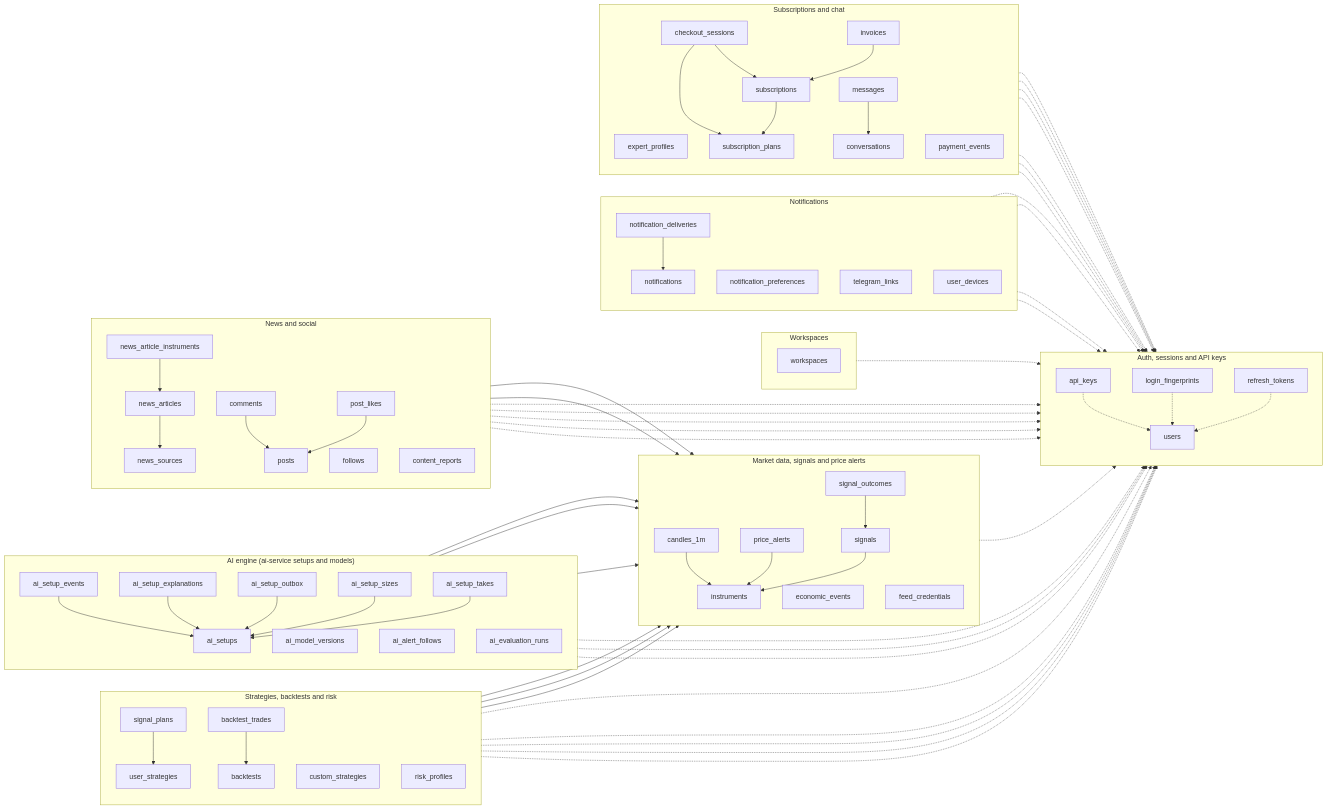
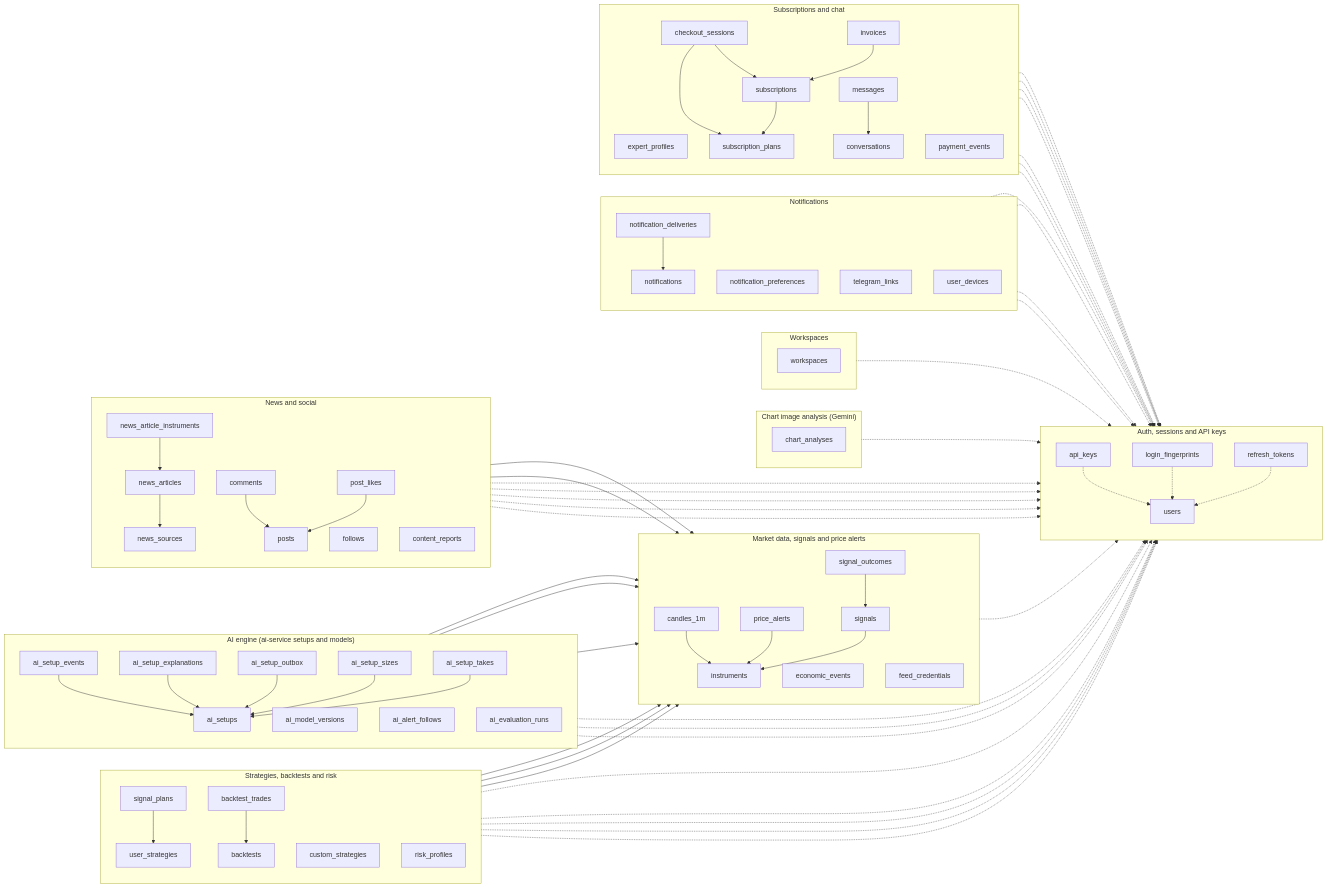
The diagram in docs/erd/mmd/overview.mmd (yazan-alsamman/ai-trading-analysis-system), drawn with Mermaid before and after one commit. The commit also changed 9 other files, not shown here.

First line of the commit message:
Docs: chart-analysis.md (flow, schema ar/en, quotas, cost, memory, enabling), security, OpenAPI, ERD

```diff
--- a/docs/erd/mmd/overview.mmd
+++ b/docs/erd/mmd/overview.mmd
@@ -1,131 +1,136 @@
 flowchart LR
     subgraph domain_auth["Auth, sessions and API keys"]
         direction TB
         users[users]
         refresh_tokens[refresh_tokens]
         api_keys[api_keys]
         login_fingerprints[login_fingerprints]
     end
     subgraph domain_market["Market data, signals and price alerts"]
         direction TB
         instruments[instruments]
         candles_1m[candles_1m]
         signals[signals]
         signal_outcomes[signal_outcomes]
         price_alerts[price_alerts]
         economic_events[economic_events]
         feed_credentials[feed_credentials]
     end
     subgraph domain_strategies["Strategies, backtests and risk"]
         direction TB
         user_strategies[user_strategies]
         custom_strategies[custom_strategies]
         backtests[backtests]
         backtest_trades[backtest_trades]
         risk_profiles[risk_profiles]
         signal_plans[signal_plans]
     end
     subgraph domain_ai["AI engine (ai-service setups and models)"]
         direction TB
         ai_setups[ai_setups]
         ai_setup_events[ai_setup_events]
         ai_model_versions[ai_model_versions]
         ai_setup_sizes[ai_setup_sizes]
         ai_setup_takes[ai_setup_takes]
         ai_setup_explanations[ai_setup_explanations]
         ai_setup_outbox[ai_setup_outbox]
         ai_alert_follows[ai_alert_follows]
         ai_evaluation_runs[ai_evaluation_runs]
+    end
+    subgraph domain_vision["Chart image analysis (Gemini)"]
+        direction TB
+        chart_analyses[chart_analyses]
     end
     subgraph domain_workspaces["Workspaces"]
         direction TB
         workspaces[workspaces]
     end
     subgraph domain_notifications["Notifications"]
         direction TB
         notifications[notifications]
         notification_deliveries[notification_deliveries]
         notification_preferences[notification_preferences]
         telegram_links[telegram_links]
         user_devices[user_devices]
     end
     subgraph domain_social["News and social"]
         direction TB
         news_sources[news_sources]
         news_articles[news_articles]
         news_article_instruments[news_article_instruments]
         posts[posts]
         comments[comments]
         post_likes[post_likes]
         follows[follows]
         content_reports[content_reports]
     end
     subgraph domain_subscriptions["Subscriptions and chat"]
         direction TB
         expert_profiles[expert_profiles]
         subscription_plans[subscription_plans]
         subscriptions[subscriptions]
         invoices[invoices]
         checkout_sessions[checkout_sessions]
         payment_events[payment_events]
         conversations[conversations]
         messages[messages]
     end
     ai_alert_follows --> instruments
     ai_alert_follows -.-> users
     ai_evaluation_runs --> instruments
     ai_setup_events --> ai_setups
     ai_setup_explanations --> ai_setups
     ai_setup_outbox --> ai_setups
     ai_setup_sizes --> ai_setups
     ai_setup_sizes -.-> users
     ai_setup_takes --> ai_setups
     ai_setup_takes -.-> users
     ai_setups --> instruments
     api_keys -.-> users
     backtest_trades --> backtests
     backtests --> instruments
     backtests -.-> users
     candles_1m --> instruments
+    chart_analyses -.-> users
     checkout_sessions --> subscription_plans
     checkout_sessions --> subscriptions
     checkout_sessions -.-> users
     comments --> posts
     comments -.-> users
     content_reports -.-> users
     conversations -.-> users
     custom_strategies -.-> users
     expert_profiles -.-> users
     follows -.-> users
     invoices --> subscriptions
     invoices -.-> users
     login_fingerprints -.-> users
     messages --> conversations
     messages -.-> users
     news_article_instruments --> instruments
     news_article_instruments --> news_articles
     news_articles --> news_sources
     notification_deliveries --> notifications
     notification_preferences -.-> users
     notifications -.-> users
     post_likes --> posts
     post_likes -.-> users
     posts --> instruments
     posts -.-> users
     price_alerts --> instruments
     price_alerts -.-> users
     refresh_tokens -.-> users
     risk_profiles -.-> users
     signal_outcomes --> signals
     signal_plans --> signals
     signal_plans --> user_strategies
     signal_plans -.-> users
     signals --> instruments
     subscription_plans -.-> users
     subscriptions --> subscription_plans
     subscriptions -.-> users
     telegram_links -.-> users
     user_devices -.-> users
     user_strategies --> instruments
     user_strategies -.-> users
     workspaces -.-> users
```
